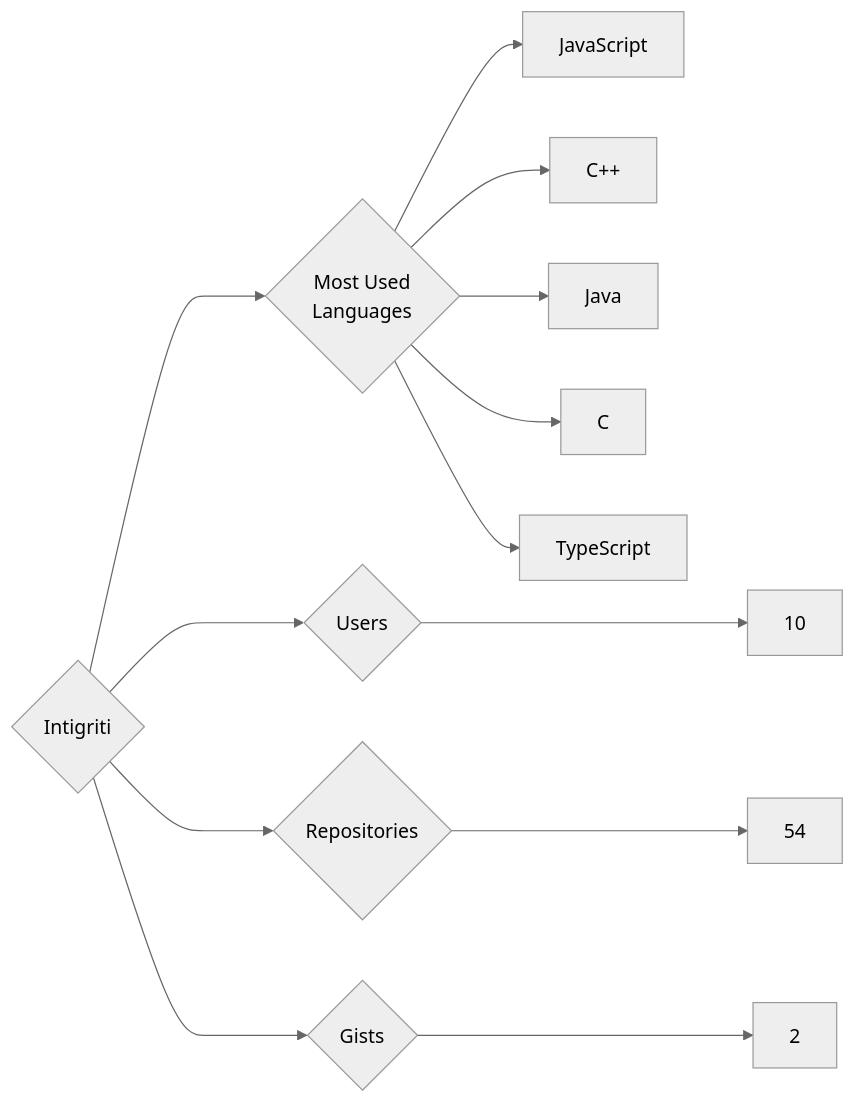
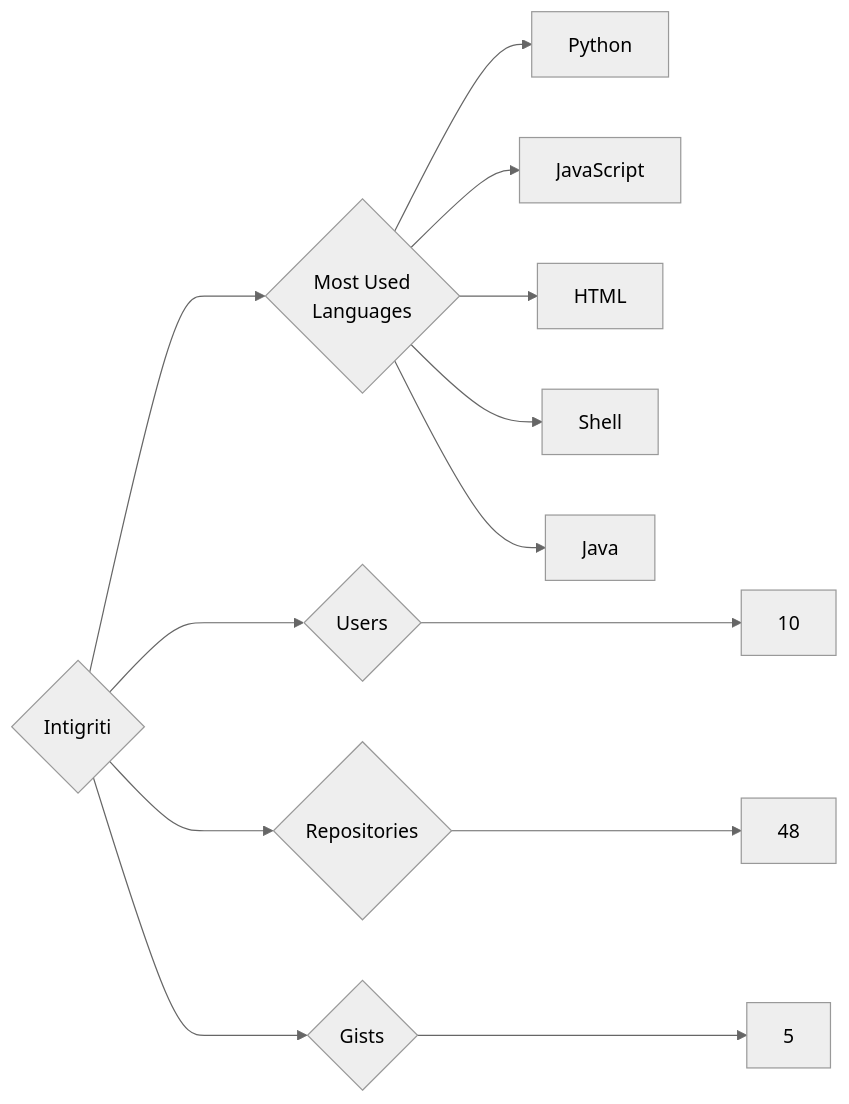
Before and after one commit to trickest/insiders: the diagram in targets/Intigriti/README.md, drawn with Mermaid (neutral theme). The commit also changed 823 other files, not shown here.

````diff
--- a/targets/Intigriti/README.md
+++ b/targets/Intigriti/README.md
@@ -3,13 +3,13 @@
 ```mermaid
 graph LR
 COMPANY_NAME{Intigriti}
 COMPANY_NAME ---> U{Users} ---> UN[10]
-COMPANY_NAME ---> R{Repositories} ---> RN[54]
-COMPANY_NAME ---> G{Gists} ---> GN[2]
+COMPANY_NAME ---> R{Repositories} ---> RN[48]
+COMPANY_NAME ---> G{Gists} ---> GN[5]
 COMPANY_NAME ---> ML{Most Used<br>Languages}
+ML --> Python[Python]
 ML --> JavaScript[JavaScript]
-ML --> C++[C++]
+ML --> HTML[HTML]
+ML --> Shell[Shell]
 ML --> Java[Java]
-ML --> C[C]
-ML --> TypeScript[TypeScript]
 ```
````
